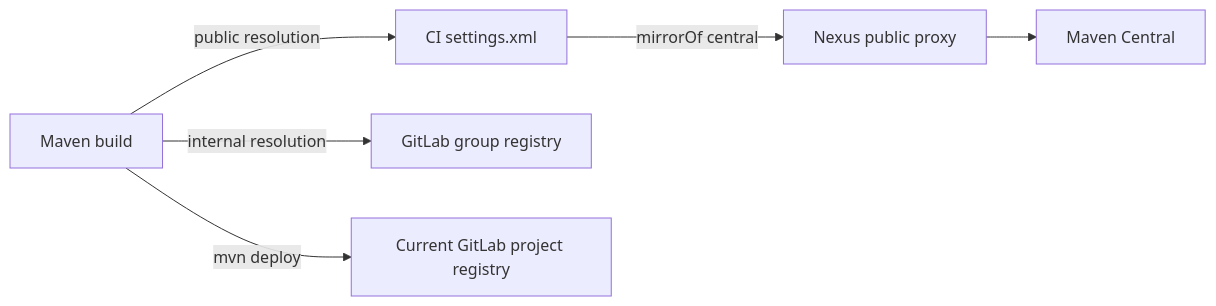
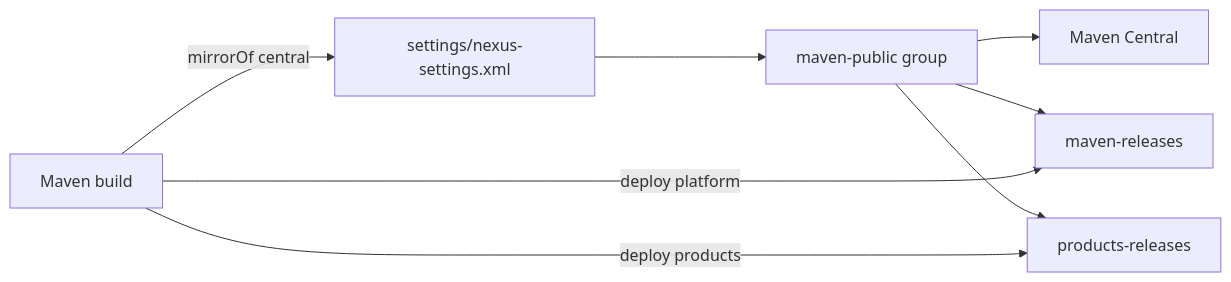
The fourth of 9 diagrams in README.md (IAAA-Lab/maven-corporate-pom), drawn with Mermaid before and after one commit. The commit also changed other lines of this file and 15 other files, not shown here.

First line of the commit message:
Split the example into three Maven projects published through Nexus.

````diff
--- a/README.md
+++ b/README.md
@@ -169,15 +181,17 @@
 ```mermaid
 flowchart LR
     maven["Maven build"]
-    settings["CI settings.xml"]
-    nexus["Nexus public proxy"]
+    settings["settings/nexus-settings.xml"]
+    publicGroup["maven-public group"]
     central["Maven Central"]
-    gitlabGroup["GitLab group registry"]
-    gitlabProject["Current GitLab project registry"]
+    corporateHosted["maven-releases"]
+    productHosted["products-releases"]
 
-    maven -->|"public resolution"| settings
-    settings -->|"mirrorOf central"| nexus
-    nexus --> central
-    maven -->|"internal resolution"| gitlabGroup
-    maven -->|"mvn deploy"| gitlabProject
+    maven -->|"mirrorOf central"| settings
+    settings --> publicGroup
+    publicGroup --> central
+    publicGroup --> corporateHosted
+    publicGroup --> productHosted
+    maven -->|"deploy platform"| corporateHosted
+    maven -->|"deploy products"| productHosted
 ```
````
